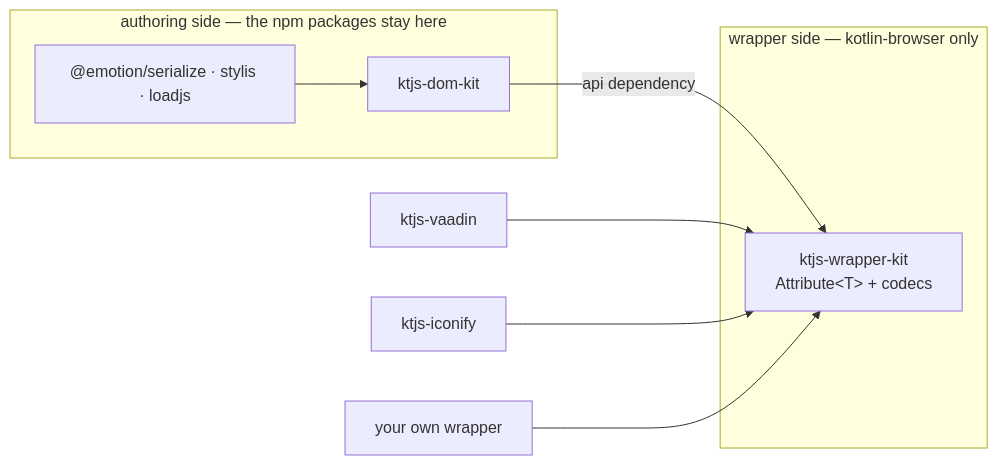
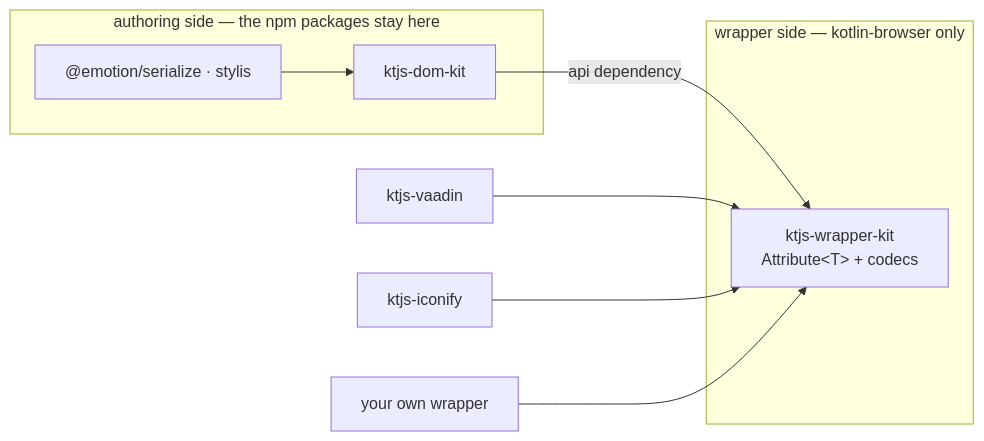
Before and after one commit to shijianjs/ktjs-dom-kit: the diagram in docs/src/jsMain/resources/docs/wrapper-kit/overview.md, drawn with Mermaid. The commit also changed other lines of this file and 24 other files, not shown here.

````diff
--- a/docs/src/jsMain/resources/docs/wrapper-kit/overview.md
+++ b/docs/src/jsMain/resources/docs/wrapper-kit/overview.md
@@ -22,15 +22,15 @@
 ```mermaid
 flowchart LR
   subgraph wrappers["wrapper side — kotlin-browser only"]
     W["ktjs-wrapper-kit<br/>Attribute&lt;T&gt; + codecs"]
   end
   subgraph authoring["authoring side — the npm packages stay here"]
     D["ktjs-dom-kit"]
-    NPM["@emotion/serialize · stylis · loadjs"]
+    NPM["@emotion/serialize · stylis"]
   end
   D -->|"api dependency"| W
   NPM --> D
   V["ktjs-vaadin"] --> W
   I["ktjs-iconify"] --> W
   O["your own wrapper"] --> W
 ```
````
